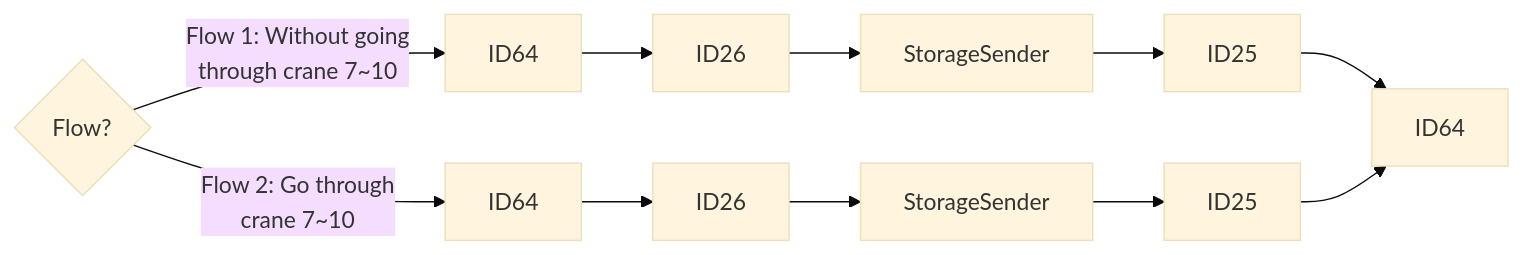
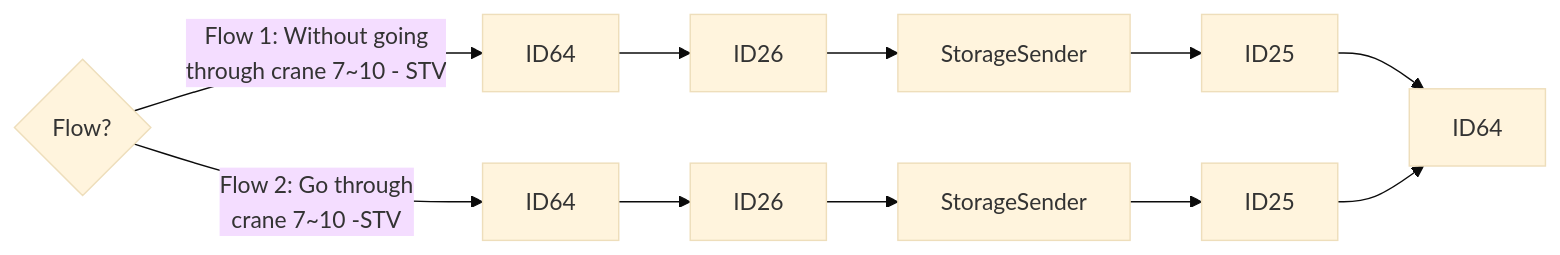
The second of 24 diagrams in Basic-Design/DFD-WMS/Storage/Unplanned-Storage/Unplanned-Storage-from-HP.md (luthfiadityaa/SimeDarby-Wiki), drawn with Mermaid (base theme) before and after one commit.

Commit message:
Updated Unplanned Storage from HP

```diff
--- a/Basic-Design/DFD-WMS/Storage/Unplanned-Storage/Unplanned-Storage-from-HP.md
+++ b/Basic-Design/DFD-WMS/Storage/Unplanned-Storage/Unplanned-Storage-from-HP.md
@@ -17,11 +17,11 @@
 ::: mermaid
 flowchart LR
   
 Cond1{Flow?} 
 Cond1 --> |Flow 1: Without going 
-through crane 7~10| P8[ID64]
+through crane 7~10 - STV| P8[ID64]
 Cond1 --> |Flow 2: Go through 
-crane 7~10| P9[ID64]
+crane 7~10 -STV| P9[ID64]
 P8[ID64]-->P10[ID26]-->P11[StorageSender]-->P12[ID25]-->P18[ID64]
 P9[ID64]-->P15[ID26]-->P16[StorageSender]-->P17[ID25]-->P18[ID64]
 :::
```
